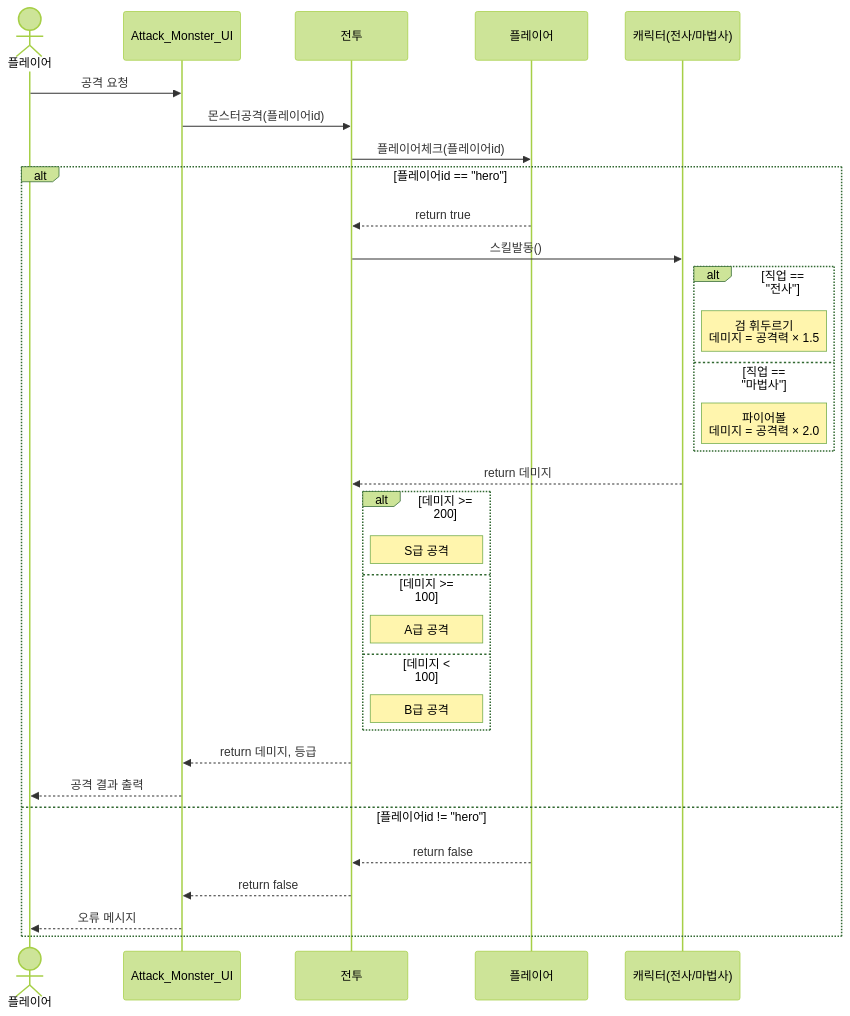
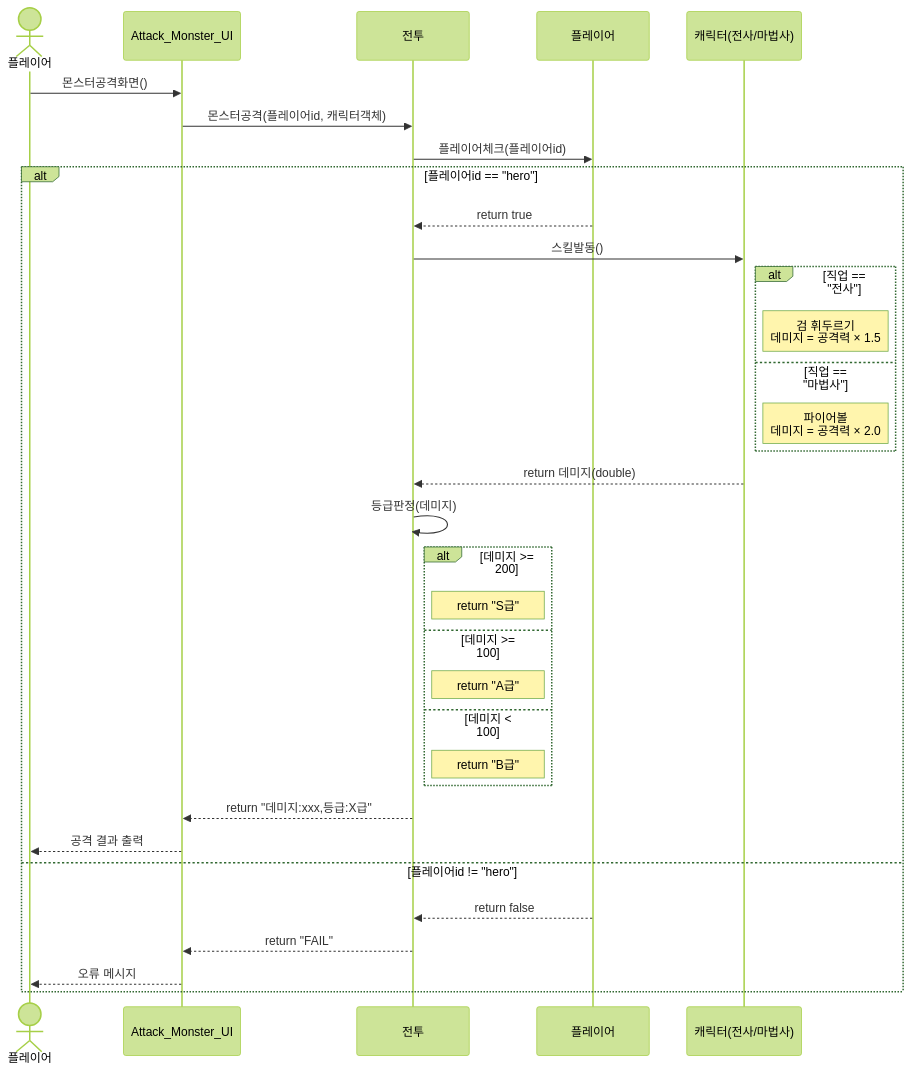
The diagram in MosterAttacksequenceDiagram.md (myeongjunyoung/DNF_BATTLE_B_01-), drawn with Mermaid (forest theme) before and after one commit. The commit also changed 1 other file, not shown here.

Commit message:
수정 완료

````diff
--- a/MosterAttacksequenceDiagram.md
+++ b/MosterAttacksequenceDiagram.md
@@ -1,42 +1,44 @@
 ```mermaid
 sequenceDiagram
     actor Player as 플레이어
     participant UI as Attack_Monster_UI
     participant Battle as 전투
     participant PlayerObj as 플레이어
     participant Character as 캐릭터(전사/마법사)
     
-    Player->>UI: 공격 요청
-    UI->>Battle: 몬스터공격(플레이어id)
+    Player->>UI: 몬스터공격화면()
+    UI->>Battle: 몬스터공격(플레이어id, 캐릭터객체)
     
     Battle->>PlayerObj: 플레이어체크(플레이어id)
     
     alt 플레이어id == "hero"
         PlayerObj-->>Battle: return true
         
         Battle->>Character: 스킬발동()
         
         alt 직업 == "전사"
             Note right of Character: 검 휘두르기<br/>데미지 = 공격력 × 1.5
         else 직업 == "마법사"
             Note right of Character: 파이어볼<br/>데미지 = 공격력 × 2.0
         end
         
-        Character-->>Battle: return 데미지
+        Character-->>Battle: return 데미지(double)
+        
+        Battle->>Battle: 등급판정(데미지)
         
         alt 데미지 >= 200
-            Note right of Battle: S급 공격
+            Note right of Battle: return "S급"
         else 데미지 >= 100
-            Note right of Battle: A급 공격
+            Note right of Battle: return "A급"
         else 데미지 < 100
-            Note right of Battle: B급 공격
+            Note right of Battle: return "B급"
         end
         
-        Battle-->>UI: return 데미지, 등급
+        Battle-->>UI: return "데미지:xxx,등급:X급"
         UI-->>Player: 공격 결과 출력
     else 플레이어id != "hero"
         PlayerObj-->>Battle: return false
-        Battle-->>UI: return false
+        Battle-->>UI: return "FAIL"
         UI-->>Player: 오류 메시지
     end
 ```
````
